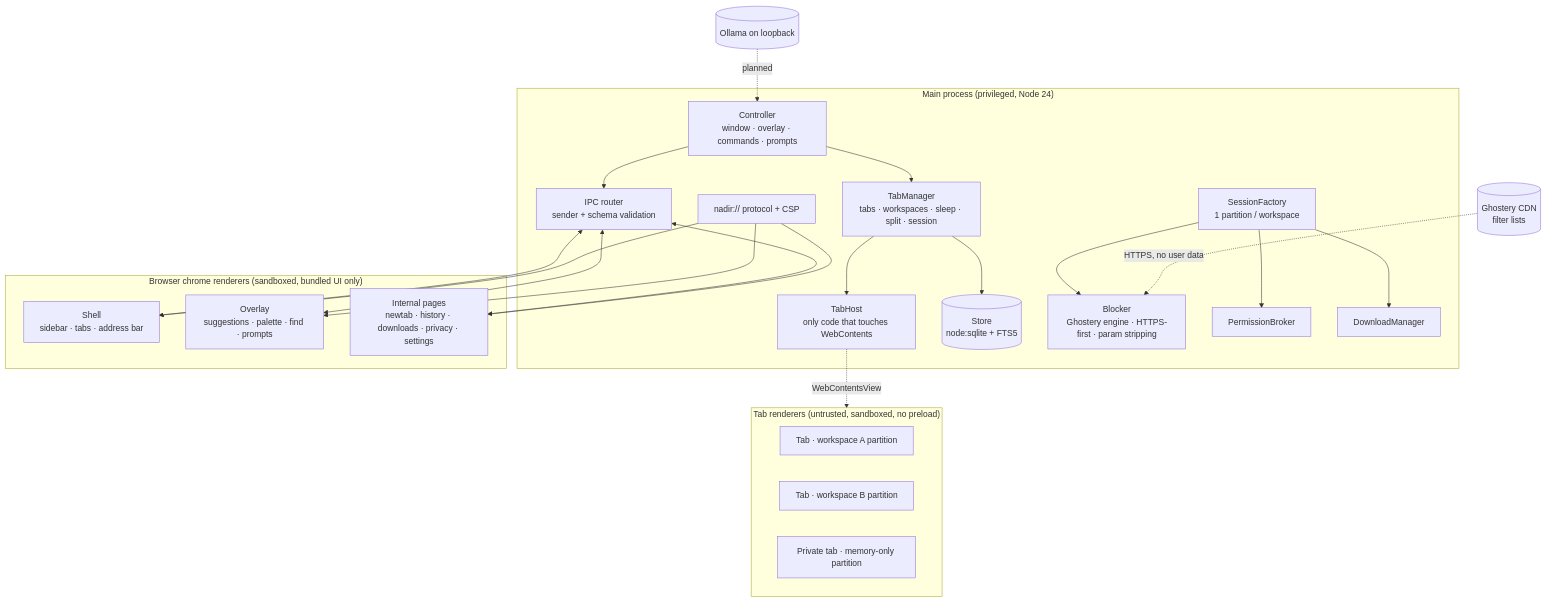
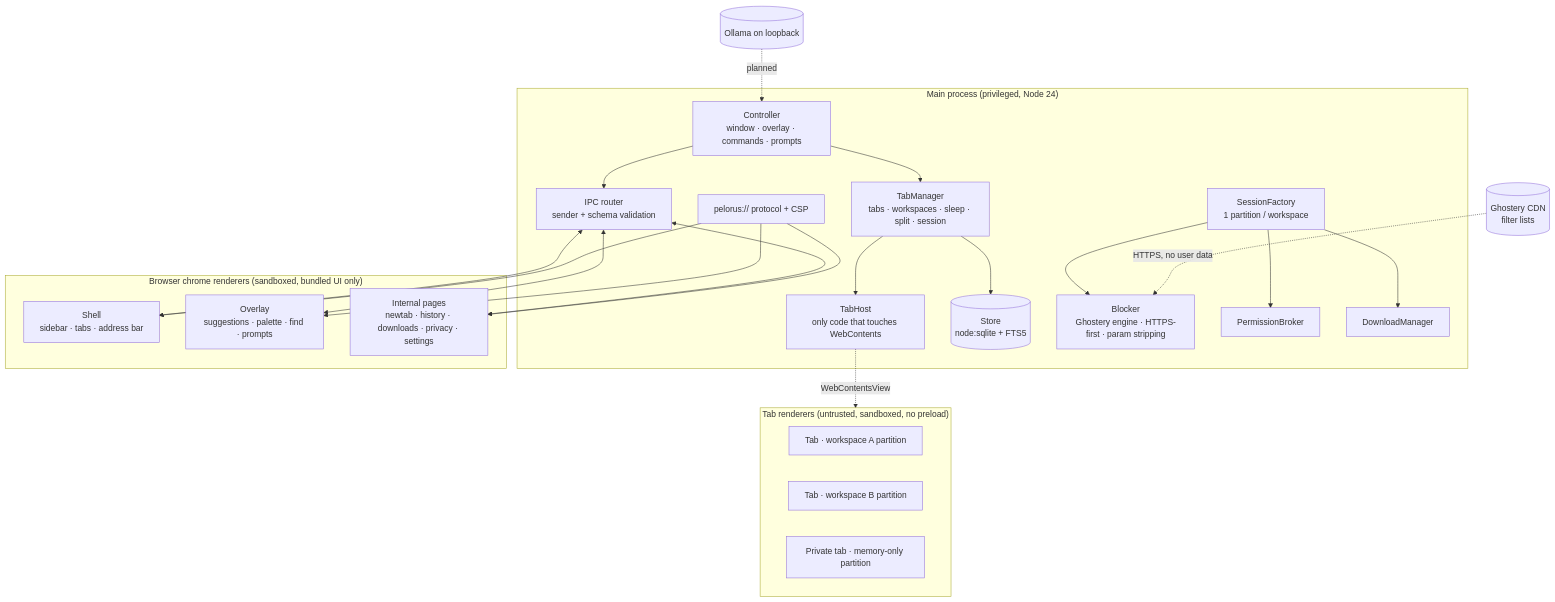
Before and after one commit to shipking-ai/nadir: the first of 2 diagrams in docs/ARCHITECTURE.md, drawn with Mermaid. The commit also changed other lines of this file and 71 other files, not shown here.

First line of the commit message:
Rename the project from Nadir to Pelorus

````diff
--- a/docs/ARCHITECTURE.md
+++ b/docs/ARCHITECTURE.md
@@ -8,34 +8,34 @@
 ```mermaid
 flowchart TB
   subgraph MAIN["Main process (privileged, Node 24)"]
     CTL[Controller<br/>window · overlay · commands · prompts]
     TM[TabManager<br/>tabs · workspaces · sleep · split · session]
     TH[TabHost<br/>only code that touches WebContents]
     ST[(Store<br/>node:sqlite + FTS5)]
     BL[Blocker<br/>Ghostery engine · HTTPS-first · param stripping]
     PB[PermissionBroker]
     DM[DownloadManager]
     SF[SessionFactory<br/>1 partition / workspace]
-    PR[nadir:// protocol + CSP]
+    PR[pelorus:// protocol + CSP]
     IPC[IPC router<br/>sender + schema validation]
   end
   subgraph CHROME["Browser chrome renderers (sandboxed, bundled UI only)"]
     SH[Shell<br/>sidebar · tabs · address bar]
     OV[Overlay<br/>suggestions · palette · find · prompts]
     IN[Internal pages<br/>newtab · history · downloads · privacy · settings]
   end
   subgraph WEB["Tab renderers (untrusted, sandboxed, no preload)"]
     T1[Tab · workspace A partition]
     T2[Tab · workspace B partition]
     T3[Private tab · memory-only partition]
   end
   CTL --> TM --> TH
   TH -. WebContentsView .-> WEB
   CTL --> IPC
   IPC <--> SH & OV & IN
   TM --> ST
   SF --> BL & PB & DM
   PR --> SH & OV & IN
   EXT1[(Ghostery CDN<br/>filter lists)] -.HTTPS, no user data.-> BL
   EXT2[(Ollama on loopback)] -.planned.-> CTL
 ```
````
